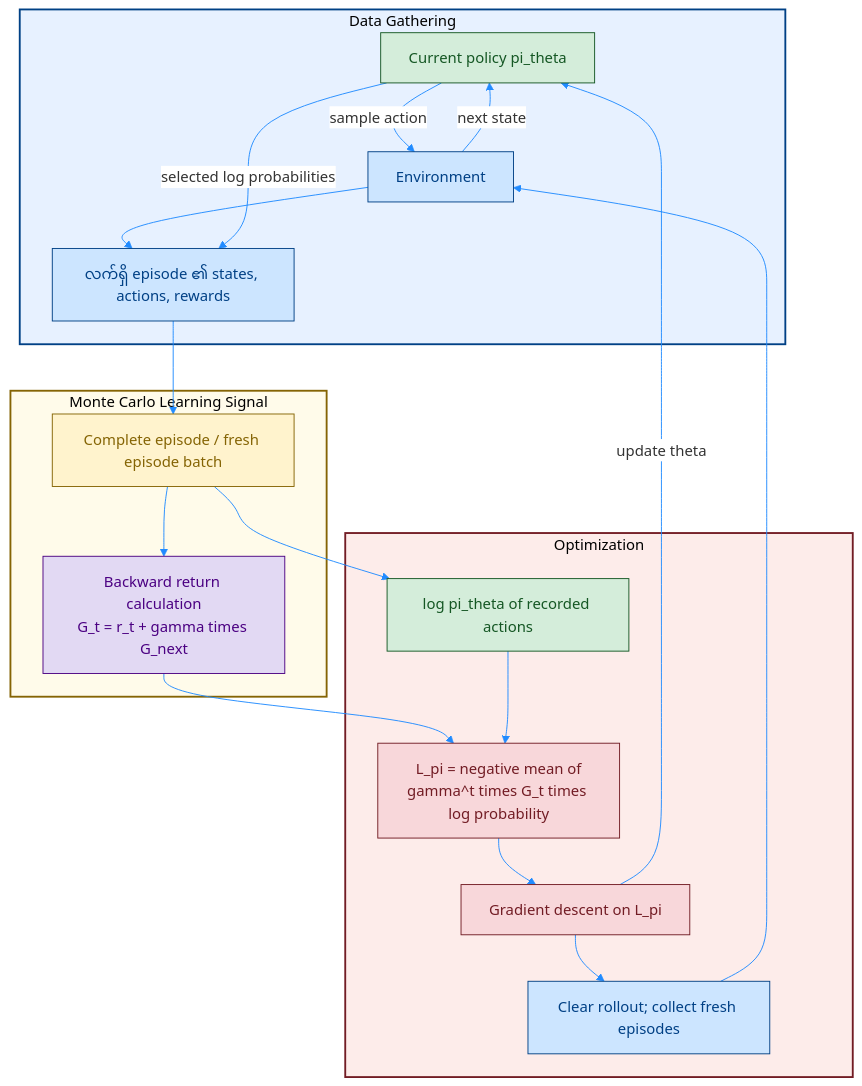
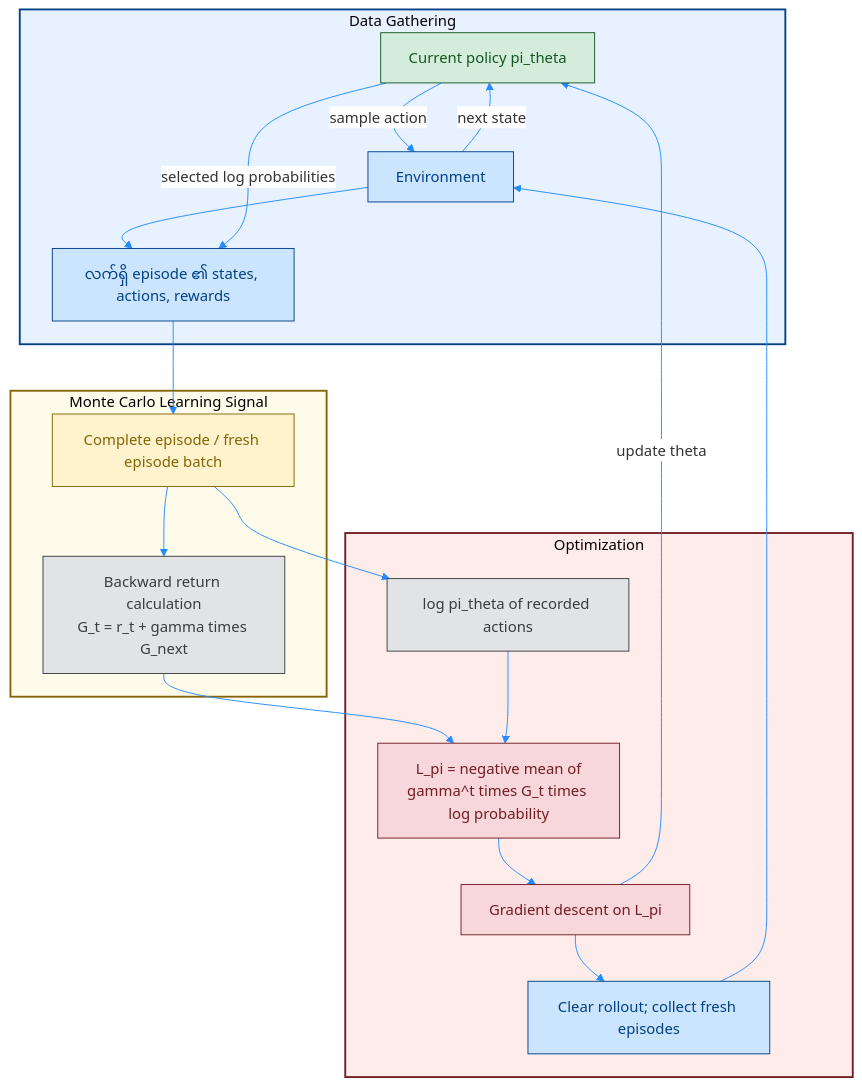
Before and after one commit to Open-Source-Robotics-For-Myanmar/rl: the third of 4 diagrams in Day81 RL python/02_Miguel Morales - Grokking Deep Reinforcement Learning/02_rl_with_dl/rom_photos/06_1_PB_REINFORCE.md, drawn with Mermaid. The commit also changed other lines of this file and 12 other files, not shown here.

````diff
--- a/Day81 RL python/02_Miguel Morales - Grokking Deep Reinforcement Learning/02_rl_with_dl/rom_photos/06_1_PB_REINFORCE.md
+++ b/Day81 RL python/02_Miguel Morales - Grokking Deep Reinforcement Learning/02_rl_with_dl/rom_photos/06_1_PB_REINFORCE.md
@@ -122,37 +143,40 @@
 ```mermaid
 %%{init: {'theme': 'base', 'themeVariables': { 'primaryColor': '#ffffff', 'lineColor': '#218bff'}}}%%
 flowchart TD
     subgraph Phase1 [Data Gathering]
         P["Current policy pi_theta"] -->|"sample action"| E["Environment"]
         E -->|"next state"| P
         E --> D["လက်ရှိ episode ၏ states, actions, rewards"]
         P -->|"selected log probabilities"| D
     end
     subgraph Phase2 [Monte Carlo Learning Signal]
         D --> B["Complete episode / fresh episode batch"]
         B --> G["Backward return calculation<br/>G_t = r_t + gamma times G_next"]
     end
     subgraph Phase3 [Optimization]
         B --> LP["log pi_theta of recorded actions"]
         G --> L["L_pi = negative mean of<br/>gamma^t times G_t times log probability"]
         LP --> L
         L --> O["Gradient descent on L_pi"]
         O -->|"update theta"| P
         O --> N["Clear rollout; collect fresh episodes"]
         N --> E
     end
 
     classDef data fill:#cce5ff,stroke:#004085,stroke-width:1px,color:#004085;
-    classDef policy fill:#d4edda,stroke:#155724,stroke-width:1px,color:#155724;
     classDef batch fill:#fff3cd,stroke:#856404,stroke-width:1px,color:#856404;
-    classDef signal fill:#e2d9f3,stroke:#4b0082,stroke-width:1px,color:#4b0082;
     classDef train fill:#f8d7da,stroke:#721c24,stroke-width:1px,color:#721c24;
+    classDef result fill:#e2e3e5,stroke:#383d41,stroke-width:1px,color:#383d41;
+    classDef policyNetwork fill:#d4edda,stroke:#155724,stroke-width:1px,color:#155724;
+
     class E,D,N data;
-    class P,LP policy;
     class B batch;
-    class G signal;
     class L,O train;
+    class LP,G result;
+    class P policyNetwork;
+
+
     style Phase1 fill:#e7f1ff,stroke:#004085,stroke-width:2px;
     style Phase2 fill:#fffbea,stroke:#856404,stroke-width:2px;
     style Phase3 fill:#fdecea,stroke:#721c24,stroke-width:2px;
 ```
````
